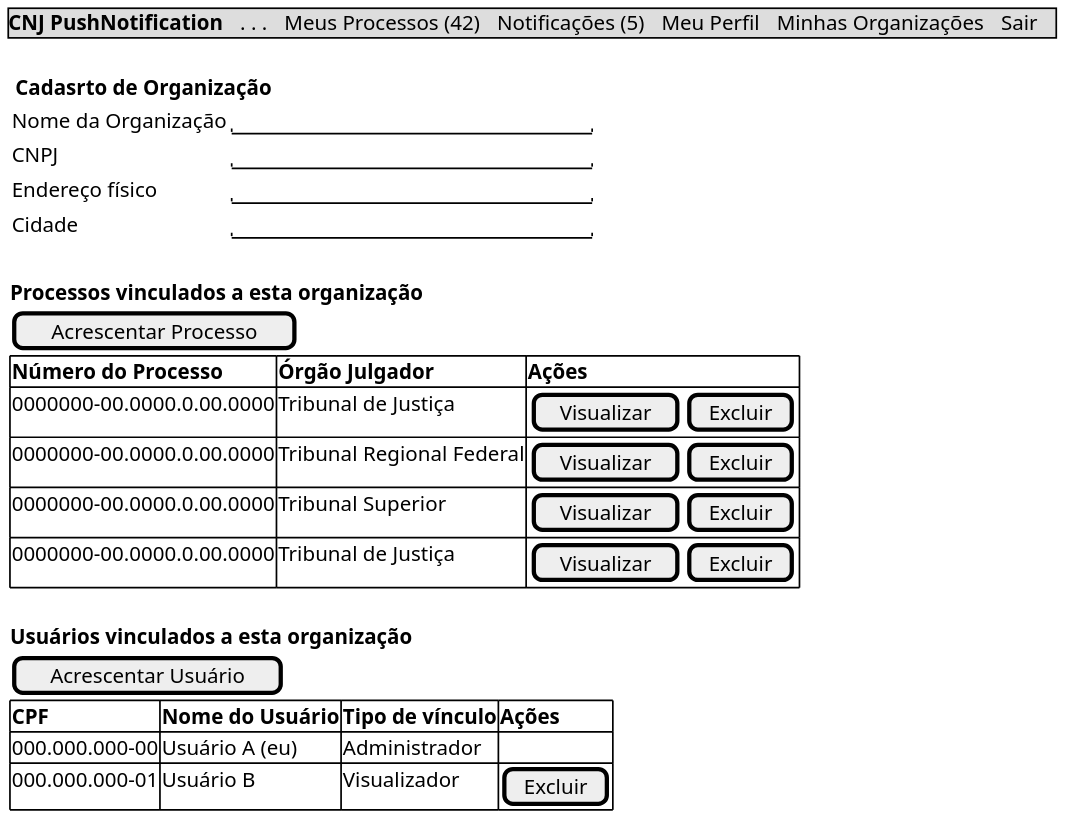
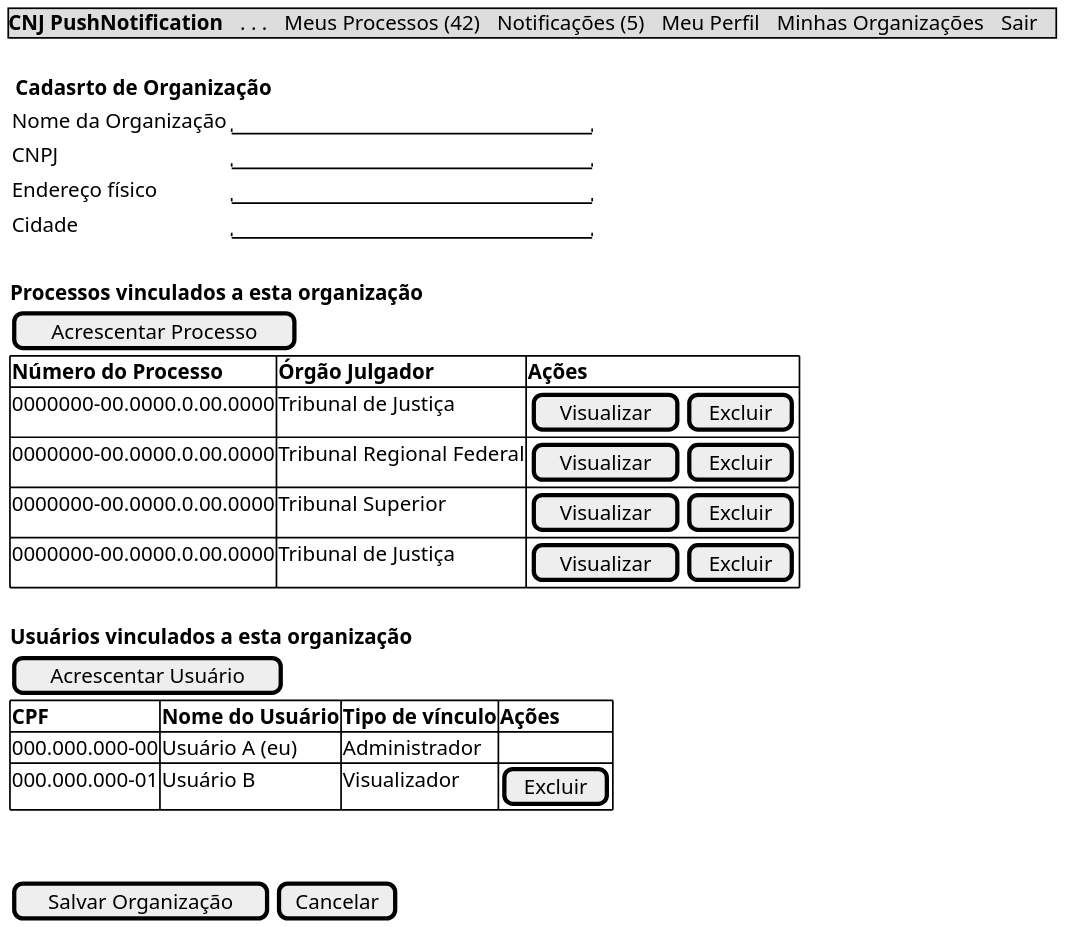
Before and after one commit to HelderVieira/cnj_push_notfication: the diagram in docs/wireframes/cadastro_organizacao_usuario.pu, drawn with PlantUML. The commit also changed 2 other files, not shown here.

Commit message:
Add class diagram for CNJ Push Notification and update user organization wireframe

```diff
--- a/docs/wireframes/cadastro_organizacao_usuario.pu
+++ b/docs/wireframes/cadastro_organizacao_usuario.pu
@@ -1,38 +1,40 @@
 @startsalt Cadastro de Organização do Usuário
 skinparam dpi 200
 
 {
     {* <b>CNJ PushNotification | . . . | Meus Processos (42) | Notificações (5) | Meu Perfil | Minhas Organizações | Sair }
 
     {
     . 
     <b> Cadasrto de Organização
 
         {
             Nome da Organização | "                          "
             CNPJ                | "                          "
             Endereço físico     | "                          "
             Cidade              | "                          "
         }
         .
         <b>Processos vinculados a esta organização
         [Acrescentar Processo]
         {#
         <b>Número do Processo | <b>Órgão Julgador | <b>Ações   
         0000000-00.0000.0.00.0000 | Tribunal de Justiça | {[Visualizar] | [Excluir]}
         0000000-00.0000.0.00.0000 | Tribunal Regional Federal| {[Visualizar] | [Excluir]}
         0000000-00.0000.0.00.0000 | Tribunal Superior| {[Visualizar] | [Excluir]}
         0000000-00.0000.0.00.0000 | Tribunal de Justiça| {[Visualizar] | [Excluir]}
         }
         .
         <b>Usuários vinculados a esta organização
         [Acrescentar Usuário]
         {#
         <B>CPF | <b>Nome do Usuário | <b>Tipo de vínculo | <b>Ações
         000.000.000-00 |  Usuário A (eu)      | Administrador     | .
         000.000.000-01 |  Usuário B           | Visualizador      | [Excluir]
         }
     .
     }
+    .
+    {[Salvar Organização] | [Cancelar]}
 }
 @endsalt
```
